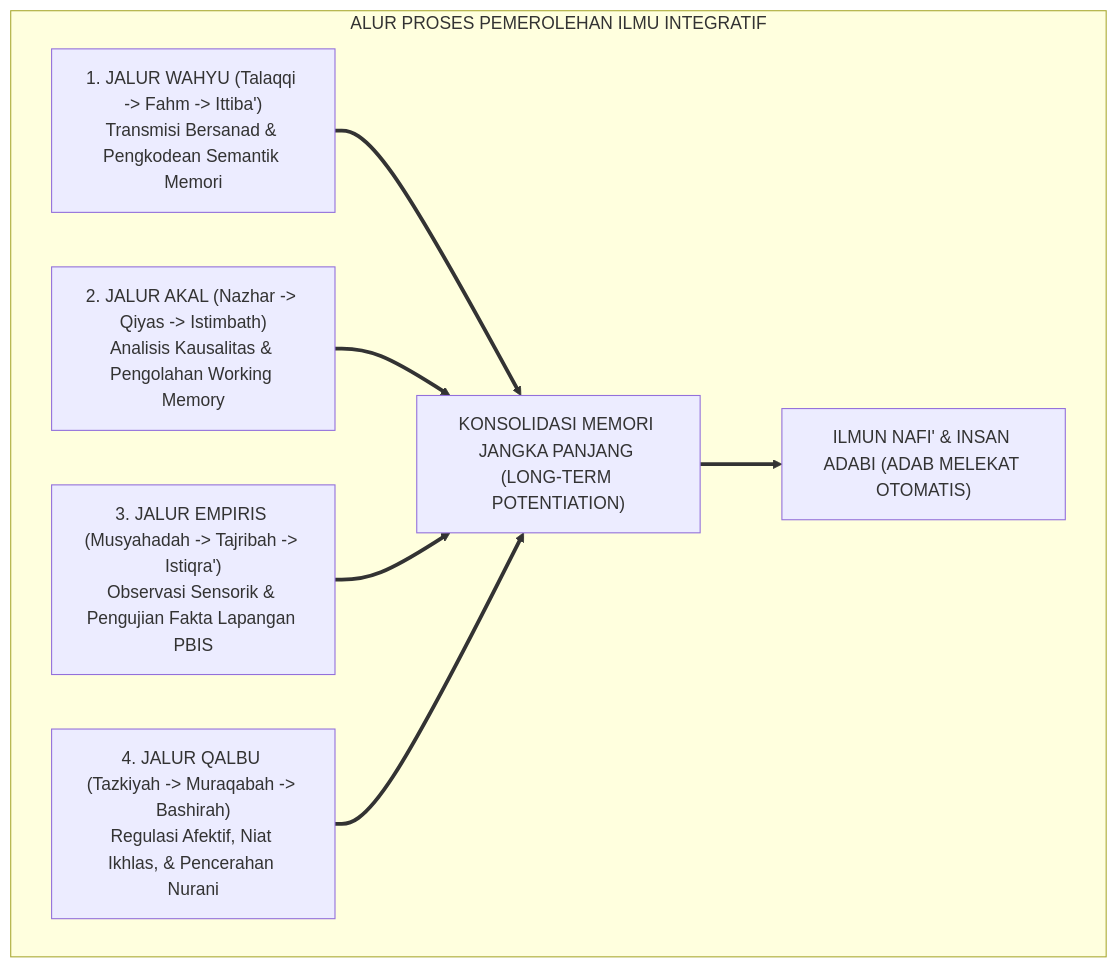
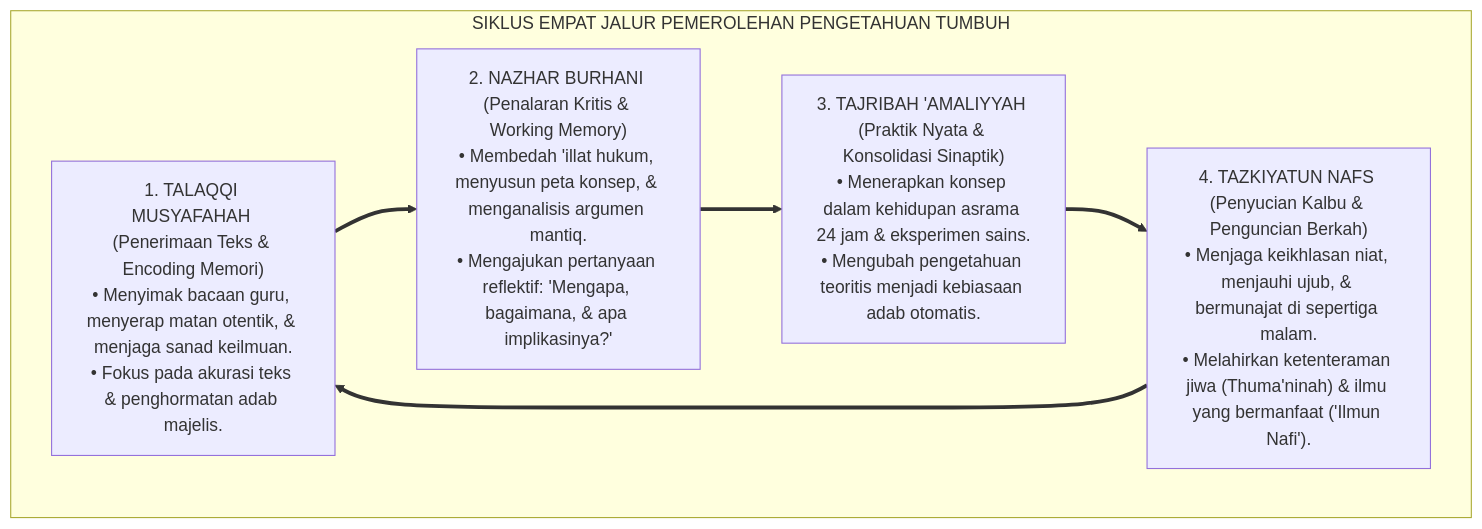
The second of 4 diagrams in 01 Philosophy/01 Worldview/02 Epistemologi TUMBUH/P1-01-02-02-Proses-Memperoleh-Pengetahuan.md (wandiapriliyandi/tumbuh), drawn with Mermaid before and after one commit. The commit also changed other lines of this file and 9 other files, not shown here.

````diff
--- a/01 Philosophy/01 Worldview/02 Epistemologi TUMBUH/P1-01-02-02-Proses-Memperoleh-Pengetahuan.md
+++ b/01 Philosophy/01 Worldview/02 Epistemologi TUMBUH/P1-01-02-02-Proses-Memperoleh-Pengetahuan.md
@@ -66,12 +114,15 @@
 ```mermaid
 flowchart TD
-    subgraph AlurKognisiIslam["ALUR PROSES PEMEROLEHAN ILMU INTEGRATIF"]
-        J1["1. JALUR WAHYU (Talaqqi -> Fahm -> Ittiba')<br/>Transmisi Bersanad & Pengkodean Semantik Memori"]
-        J2["2. JALUR AKAL (Nazhar -> Qiyas -> Istimbath)<br/>Analisis Kausalitas & Pengolahan Working Memory"]
-        J3["3. JALUR EMPIRIS (Musyahadah -> Tajribah -> Istiqra')<br/>Observasi Sensorik & Pengujian Fakta Lapangan PBIS"]
-        J4["4. JALUR QALBU (Tazkiyah -> Muraqabah -> Bashirah)<br/>Regulasi Afektif, Niat Ikhlas, & Pencerahan Nurani"]
+    subgraph SiklusKognisiTUMBUH["SIKLUS EMPAT JALUR PEMEROLEHAN PENGETAHUAN TUMBUH"]
         
-        J1 & J2 & J3 & J4 ==> Konsolidasi["KONSOLIDASI MEMORI JANGKA PANJANG (LONG-TERM POTENTIATION)"]
-        Konsolidasi ==> OutputKognisi["ILMUN NAFI' & INSAN ADABI (ADAB MELEKAT OTOMATIS)"]
+        J1["1. TALAQQI MUSYAFAHAH (Penerimaan Teks & Encoding Memori)<br/>• Menyimak bacaan guru, menyerap matan otentik, & menjaga sanad keilmuan.<br/>• Fokus pada akurasi teks & penghormatan adab majelis."]
+        
+        J2["2. NAZHAR BURHANI (Penalaran Kritis & Working Memory)<br/>• Membedah 'illat hukum, menyusun peta konsep, & menganalisis argumen mantiq.<br/>• Mengajukan pertanyaan reflektif: 'Mengapa, bagaimana, & apa implikasinya?'"]
+        
+        J3["3. TAJRIBAH 'AMALIYYAH (Praktik Nyata & Konsolidasi Sinaptik)<br/>• Menerapkan konsep dalam kehidupan asrama 24 jam & eksperimen sains.<br/>• Mengubah pengetahuan teoritis menjadi kebiasaan adab otomatis."]
+        
+        J4["4. TAZKIYATUN NAFS (Penyucian Kalbu & Penguncian Berkah)<br/>• Menjaga keikhlasan niat, menjauhi ujub, & bermunajat di sepertiga malam.<br/>• Melahirkan ketenteraman jiwa (Thuma'ninah) & ilmu yang bermanfaat ('Ilmun Nafi')."]
+        
+        J1 ==> J2 ==> J3 ==> J4 ==> J1
     end
 ```
````
